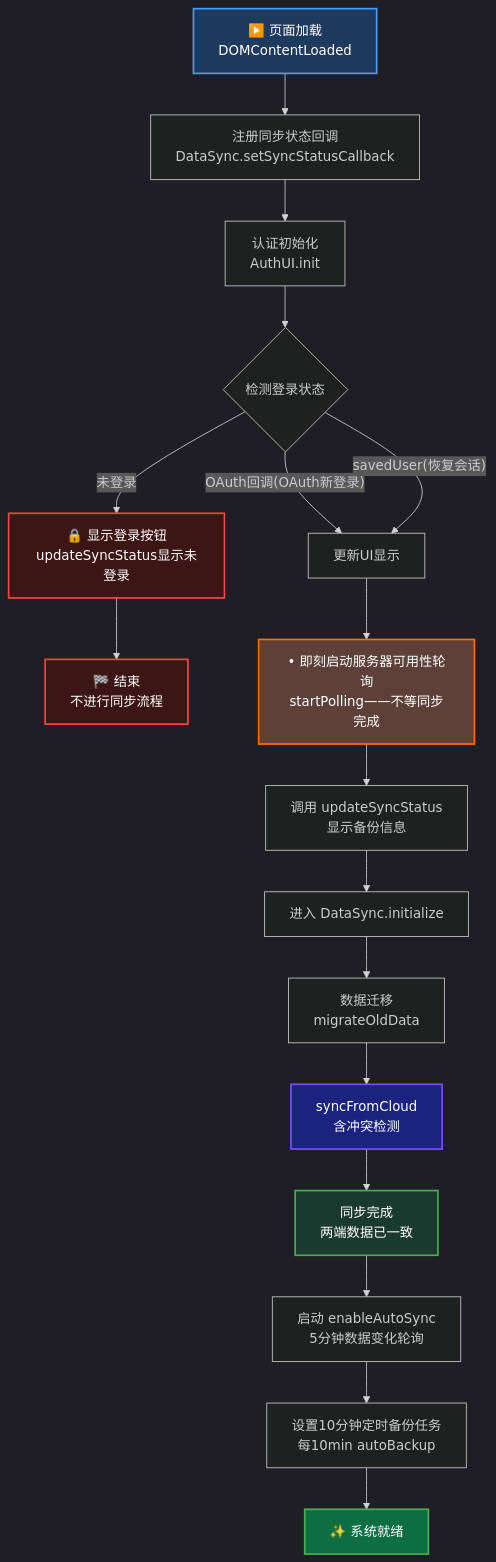
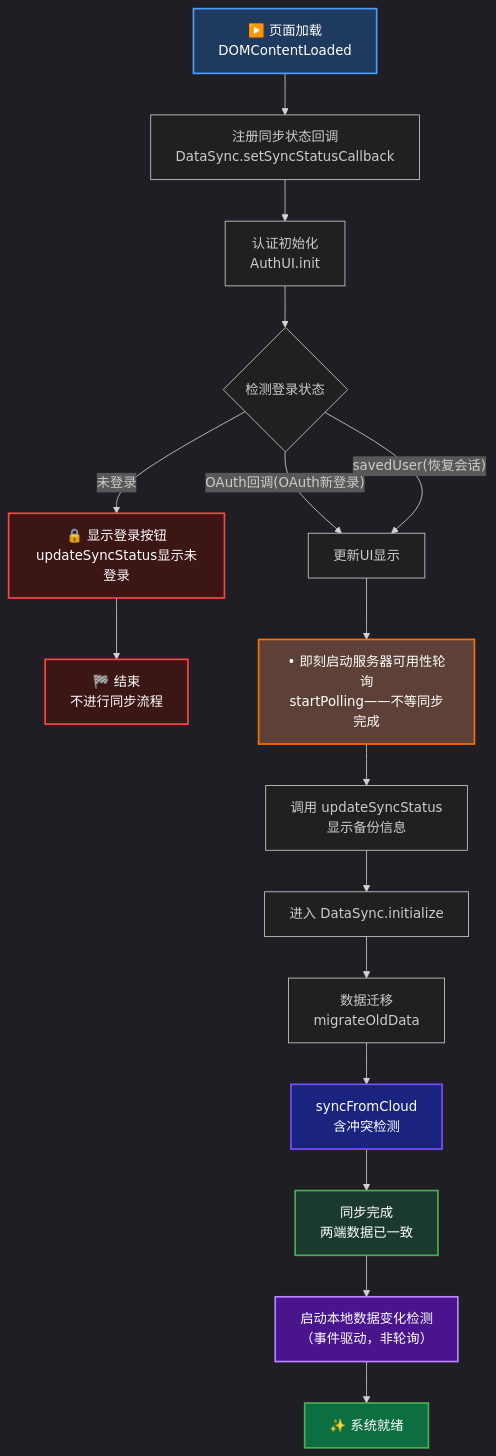
Before and after one commit to Fuck996/yanyu_tools: the first of 4 diagrams in doc/FLOWCHART_DIAGRAMS.md, drawn with Mermaid. The commit also changed other lines of this file, not shown here.

Commit message:
流程图重构：事件驱动数据变化检测替代轮询，统一备份触发策略，移除清空专用图

````diff
--- a/doc/FLOWCHART_DIAGRAMS.md
+++ b/doc/FLOWCHART_DIAGRAMS.md
@@ -31,33 +31,33 @@
 ```mermaid
 %%{init: {'theme':'dark'}}%%
 graph TD
     A["▶️ 页面加载<br/>DOMContentLoaded"] --> B["注册同步状态回调<br/>DataSync.setSyncStatusCallback"]
     B --> C["认证初始化<br/>AuthUI.init"]
 
     C --> D{"检测登录状态"}
 
     D -->|"OAuth回调(OAuth新登录)"| E["更新UI显示"]
     D -->|"savedUser(恢复会话)"| E
     D -->|"未登录"| F["🔒 显示登录按钮<br/>updateSyncStatus显示未登录"]
     F --> Z["🏁 结束<br/>不进行同步流程"]
 
     E --> G["• 即刻启动服务器可用性轮询<br/>startPolling——不等同步完成"]
     G --> H["调用 updateSyncStatus<br/>显示备份信息"]
     H --> I["进入 DataSync.initialize"]
 
     I --> J["数据迁移<br/>migrateOldData"]
     J --> K["syncFromCloud<br/>含冲突检测"]
     K --> L["同步完成<br/>两端数据已一致"]
 
-    L --> M["启动 enableAutoSync<br/>5分钟数据变化轮询"]
-    M --> N["设置10分钟定时备份任务<br/>每10min autoBackup"]
-    N --> O["✨ 系统就绪"]
+    L --> M["启动本地数据变化检测<br/>（事件驱动，非轮询）"]
+    M --> O["✨ 系统就绪"]
 
     style A fill:#1e3a5f,stroke:#4a9eff,stroke-width:2px,color:#fff
     style F fill:#3c1515,stroke:#ff4444,stroke-width:2px,color:#fff
     style Z fill:#3c1515,stroke:#ff4444,stroke-width:2px,color:#fff
     style G fill:#5d4037,stroke:#ff6f00,stroke-width:2px,color:#fff
     style K fill:#1a237e,stroke:#7c4dff,stroke-width:2px,color:#fff
     style L fill:#1b3a2f,stroke:#4caf50,stroke-width:2px,color:#fff
+    style M fill:#4a148c,stroke:#bb86fc,stroke-width:2px,color:#fff
     style O fill:#0d6e41,stroke:#4caf50,stroke-width:2px,color:#fff
 ```
````
